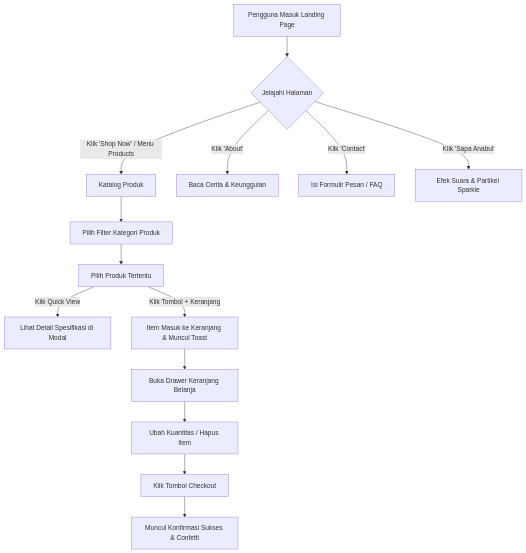
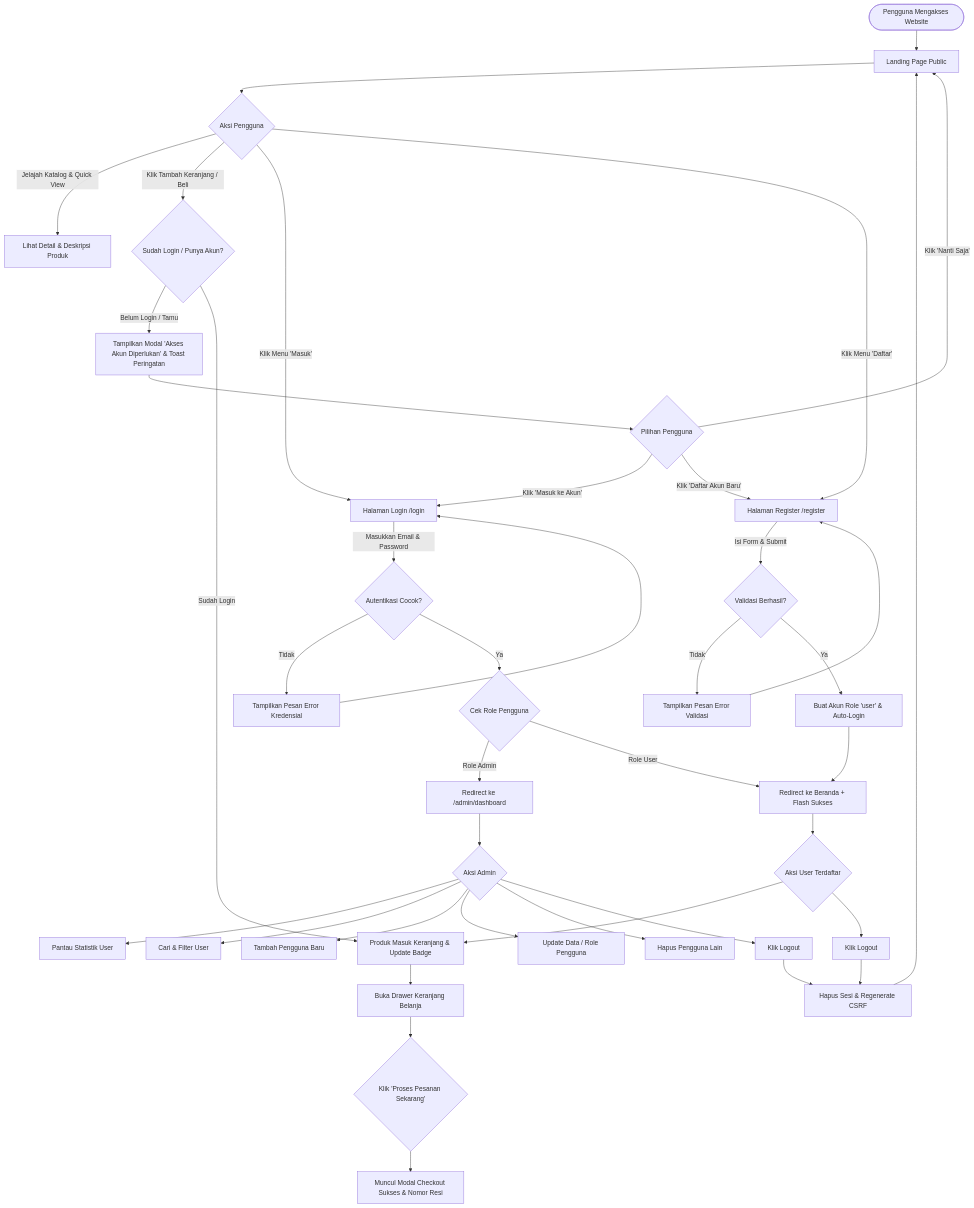
Before and after one commit to mikakaja584-web/Petshop: the diagram in PRD.md, drawn with Mermaid. The commit also changed other lines of this file and 8 other files, not shown here.

Commit message:
update guest cart & purchase restriction

````diff
--- a/PRD.md
+++ b/PRD.md
@@ -213,20 +228,53 @@
 ```mermaid
 graph TD
-    A[Pengguna Masuk Landing Page] --> B{Jelajahi Halaman}
+    Start([Pengguna Mengakses Website]) --> Landing[Landing Page Public]
     
-    B -->|Klik 'Shop Now' / Menu Products| C[Katalog Produk]
-    B -->|Klik 'About'| D[Baca Cerita & Keunggulan]
-    B -->|Klik 'Contact'| E[Isi Formulir Pesan / FAQ]
-    B -->|Klik 'Sapa Anabul'| F[Efek Suara & Partikel Sparkle]
+    Landing --> ActionChoice{Aksi Pengguna}
     
-    C --> G[Pilih Filter Kategori Produk]
-    G --> H[Pilih Produk Tertentu]
+    ActionChoice -->|Jelajah Katalog & Quick View| ViewCatalog[Lihat Detail & Deskripsi Produk]
+    ActionChoice -->|Klik Tambah Keranjang / Beli| CheckGuestAuth{Sudah Login / Punya Akun?}
     
-    H -->|Klik Quick View| I[Lihat Detail Spesifikasi di Modal]
-    H -->|Klik Tombol + Keranjang| J[Item Masuk ke Keranjang & Muncul Toast]
+    CheckGuestAuth -->|Belum Login / Tamu| ShowAuthModal[Tampilkan Modal 'Akses Akun Diperlukan' & Toast Peringatan]
+    ShowAuthModal --> ModalChoice{Pilihan Pengguna}
+    ModalChoice -->|Klik 'Masuk ke Akun'| LoginPage[Halaman Login /login]
+    ModalChoice -->|Klik 'Daftar Akun Baru'| RegisterPage[Halaman Register /register]
+    ModalChoice -->|Klik 'Nanti Saja'| Landing
     
-    J --> K[Buka Drawer Keranjang Belanja]
-    K --> L[Ubah Kuantitas / Hapus Item]
-    L --> M[Klik Tombol Checkout]
-    M --> N[Muncul Konfirmasi Sukses & Confetti]
+    CheckGuestAuth -->|Sudah Login| AddToCartSuccess[Produk Masuk Keranjang & Update Badge]
+    AddToCartSuccess --> OpenCartDrawer[Buka Drawer Keranjang Belanja]
+    OpenCartDrawer --> CheckoutAction{Klik 'Proses Pesanan Sekarang'}
+    CheckoutAction --> ProcessSuccess[Muncul Modal Checkout Sukses & Nomor Resi]
+    
+    ActionChoice -->|Klik Menu 'Masuk'| LoginPage
+    ActionChoice -->|Klik Menu 'Daftar'| RegisterPage
+    
+    RegisterPage -->|Isi Form & Submit| ValidateRegister{Validasi Berhasil?}
+    ValidateRegister -->|Tidak| RegisterErrors[Tampilkan Pesan Error Validasi]
+    RegisterErrors --> RegisterPage
+    ValidateRegister -->|Ya| CreateUser[Buat Akun Role 'user' & Auto-Login]
+    CreateUser --> RedirectHome[Redirect ke Beranda + Flash Sukses]
+    
+    LoginPage -->|Masukkan Email & Password| ValidateLogin{Autentikasi Cocok?}
+    ValidateLogin -->|Tidak| LoginError[Tampilkan Pesan Error Kredensial]
+    LoginError --> LoginPage
+    ValidateLogin -->|Ya| CheckRole{Cek Role Pengguna}
+    
+    CheckRole -->|Role Admin| AdminDash[Redirect ke /admin/dashboard]
+    CheckRole -->|Role User| RedirectHome
+    
+    AdminDash --> AdminActions{Aksi Admin}
+    AdminActions --> ViewStats[Pantau Statistik User]
+    AdminActions --> SearchFilter[Cari & Filter User]
+    AdminActions --> CreateAdminUser[Tambah Pengguna Baru]
+    AdminActions --> EditAdminUser[Update Data / Role Pengguna]
+    AdminActions --> DeleteAdminUser[Hapus Pengguna Lain]
+    AdminActions --> LogoutAdmin[Klik Logout]
+    
+    RedirectHome --> UserActions{Aksi User Terdaftar}
+    UserActions --> AddToCartSuccess
+    UserActions --> LogoutUser[Klik Logout]
+    
+    LogoutAdmin --> EndSession[Hapus Sesi & Regenerate CSRF]
+    LogoutUser --> EndSession
+    EndSession --> Landing
 ```
````
